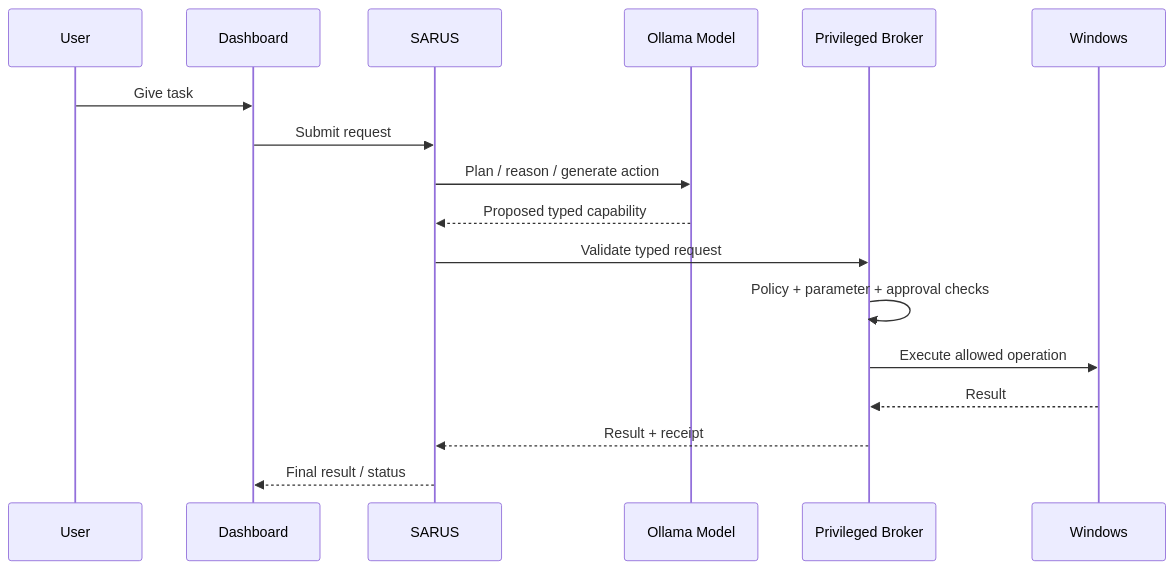
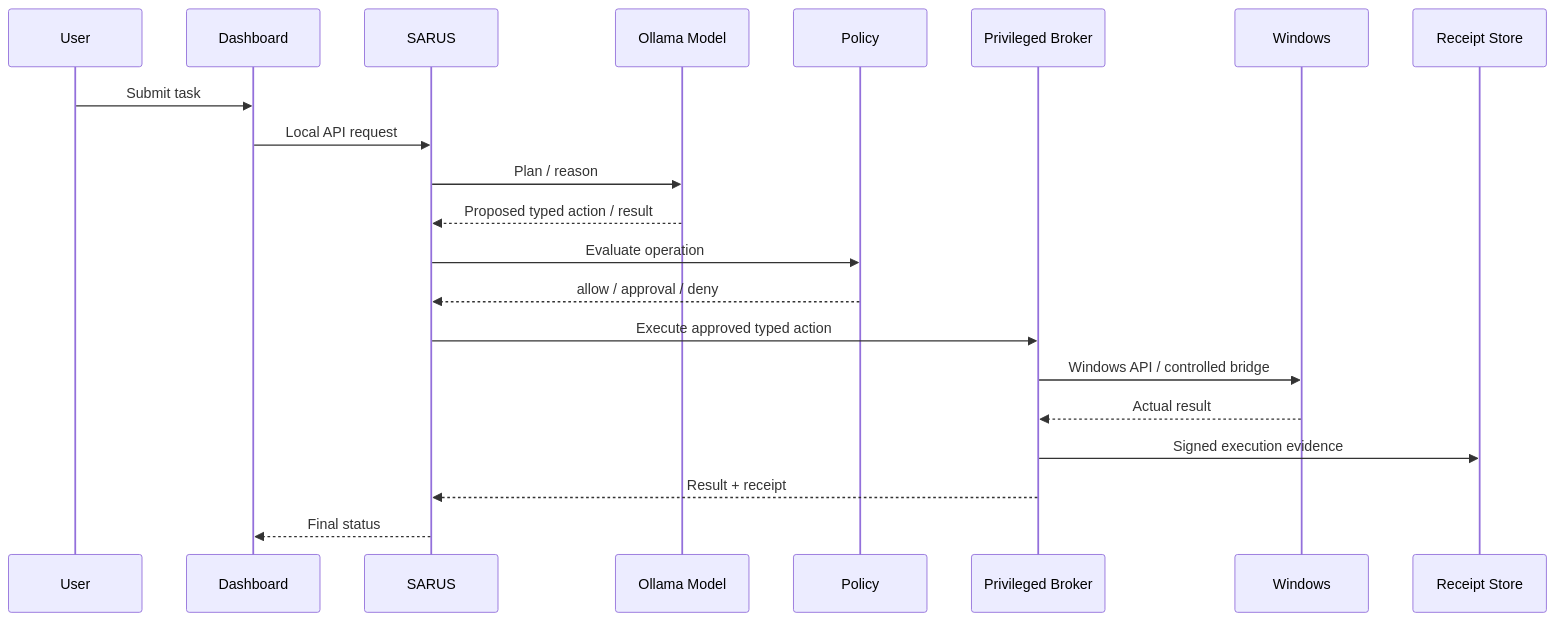
One commit to kautukade/JUBI changed the second of 7 diagrams in README.md. Above: the diagram before and after it, drawn with Mermaid. The commit also changed other lines of this file, not shown here.

Commit message:
Document SARUS 1.3 and full Fable integration

````diff
--- a/README.md
+++ b/README.md
@@ -100,20 +159,24 @@
 ```mermaid
 sequenceDiagram
     participant User
-    participant Dashboard
+    participant UI as Dashboard
     participant SARUS
     participant Model as Ollama Model
+    participant Policy
     participant Broker as Privileged Broker
     participant Windows
+    participant Receipt as Receipt Store
 
-    User->>Dashboard: Give task
-    Dashboard->>SARUS: Submit request
-    SARUS->>Model: Plan / reason / generate action
-    Model-->>SARUS: Proposed typed capability
-    SARUS->>Broker: Validate typed request
-    Broker->>Broker: Policy + parameter + approval checks
-    Broker->>Windows: Execute allowed operation
-    Windows-->>Broker: Result
+    User->>UI: Submit task
+    UI->>SARUS: Local API request
+    SARUS->>Model: Plan / reason
+    Model-->>SARUS: Proposed typed action / result
+    SARUS->>Policy: Evaluate operation
+    Policy-->>SARUS: allow / approval / deny
+    SARUS->>Broker: Execute approved typed action
+    Broker->>Windows: Windows API / controlled bridge
+    Windows-->>Broker: Actual result
+    Broker->>Receipt: Signed execution evidence
     Broker-->>SARUS: Result + receipt
-    SARUS-->>Dashboard: Final result / status
+    SARUS-->>UI: Final status
 ```
````
